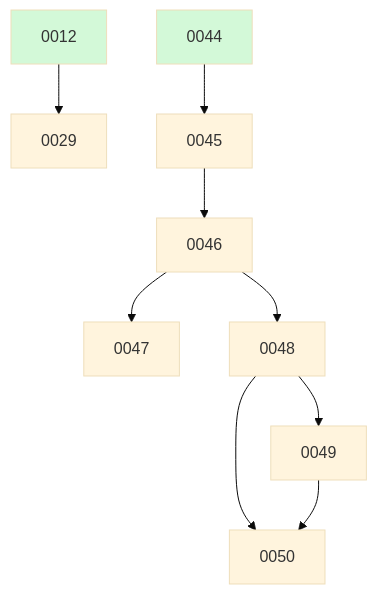
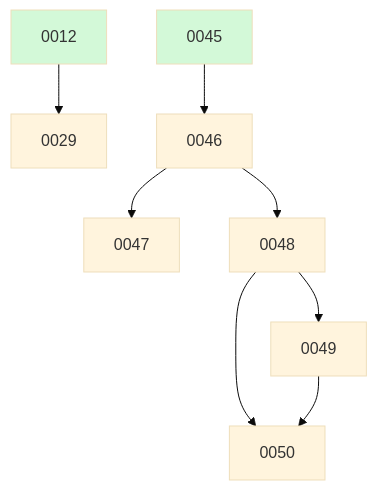
One commit to ethanhinson/fuse changed the diagram in docs/changes/BOARD.md. Above: the diagram before and after it, drawn with Mermaid (base theme). The commit also changed other lines of this file, not shown here.

````diff
--- a/docs/changes/BOARD.md
+++ b/docs/changes/BOARD.md
@@ -27,14 +21,13 @@
 ```mermaid
 graph TD
   0012 --> 0029
-  0044 --> 0045
   0045 --> 0046
   0046 --> 0047
   0046 --> 0048
   0048 --> 0049
   0048 --> 0050
   0049 --> 0050
   0012:::done
-  0044:::done
+  0045:::done
   classDef done fill:#d3f9d8;
 ```
````
